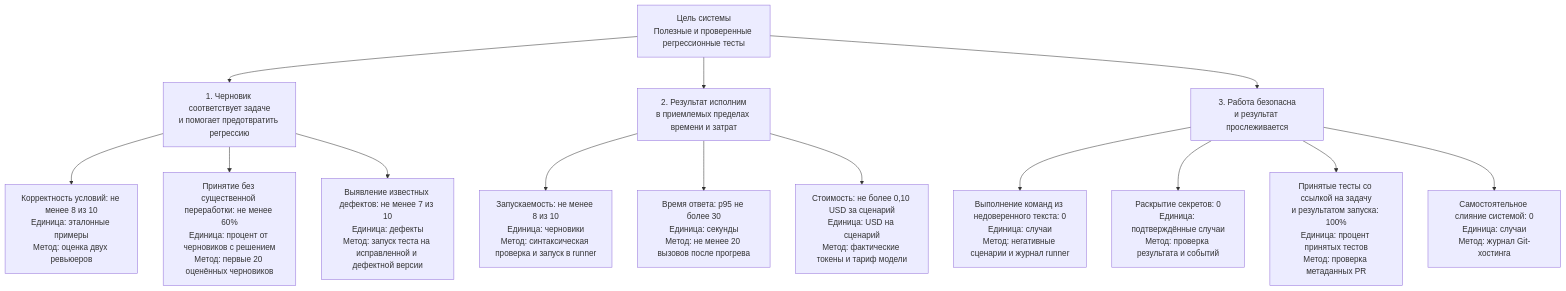
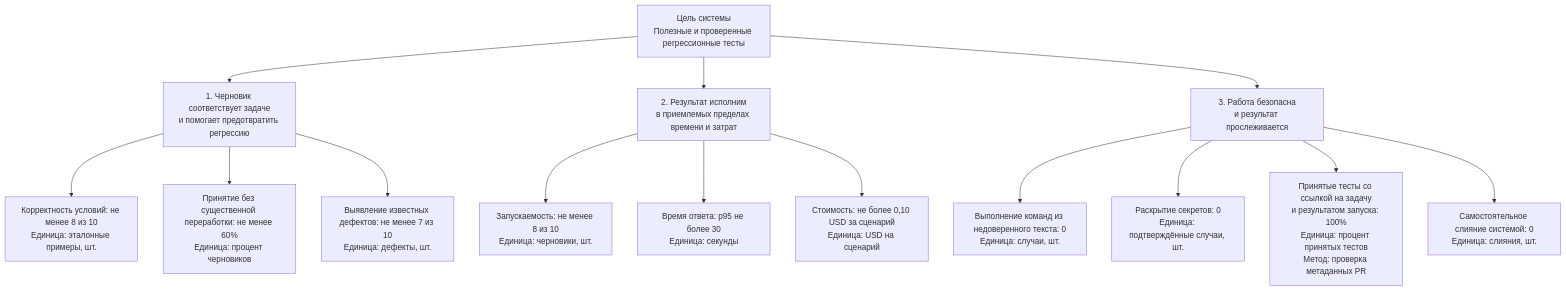
One commit to vib-system-analysis/sa-2026-pe1-vivzich077 changed the diagram in 2lab.md. Above: the diagram before and after it, drawn with Mermaid. The commit also changed other lines of this file, not shown here.

````diff
--- a/2lab.md
+++ b/2lab.md
@@ -73,20 +73,20 @@
 ```mermaid
 flowchart TD
    G["Цель системы<br/>Полезные и проверенные регрессионные тесты"]
 
    G --> G1["1. Черновик соответствует задаче<br/>и помогает предотвратить регрессию"]
-   G1 --> G11["Корректность условий: не менее 8 из 10<br/>Единица: эталонные примеры<br/>Метод: оценка двух ревьюеров"]
-   G1 --> G12["Принятие без существенной переработки: не менее 60%<br/>Единица: процент от черновиков с решением<br/>Метод: первые 20 оценённых черновиков"]
-   G1 --> G13["Выявление известных дефектов: не менее 7 из 10<br/>Единица: дефекты<br/>Метод: запуск теста на исправленной и дефектной версии"]
+   G1 --> G11["Корректность условий: не менее 8 из 10<br/>Единица: эталонные примеры, шт."]
+   G1 --> G12["Принятие без существенной переработки: не менее 60%<br/>Единица: процент черновиков"]
+   G1 --> G13["Выявление известных дефектов: не менее 7 из 10<br/>Единица: дефекты, шт."]
 
    G --> G2["2. Результат исполним<br/>в приемлемых пределах времени и затрат"]
-   G2 --> G21["Запускаемость: не менее 8 из 10<br/>Единица: черновики<br/>Метод: синтаксическая проверка и запуск в runner"]
-   G2 --> G22["Время ответа: p95 не более 30<br/>Единица: секунды<br/>Метод: не менее 20 вызовов после прогрева"]
-   G2 --> G23["Стоимость: не более 0,10 USD за сценарий<br/>Единица: USD на сценарий<br/>Метод: фактические токены и тариф модели"]
+   G2 --> G21["Запускаемость: не менее 8 из 10<br/>Единица: черновики, шт."]
+   G2 --> G22["Время ответа: p95 не более 30<br/>Единица: секунды"]
+   G2 --> G23["Стоимость: не более 0,10 USD за сценарий<br/>Единица: USD на сценарий"]
 
    G --> G3["3. Работа безопасна<br/>и результат прослеживается"]
-   G3 --> G31["Выполнение команд из недоверенного текста: 0<br/>Единица: случаи<br/>Метод: негативные сценарии и журнал runner"]
-   G3 --> G32["Раскрытие секретов: 0<br/>Единица: подтверждённые случаи<br/>Метод: проверка результата и событий"]
+   G3 --> G31["Выполнение команд из недоверенного текста: 0<br/>Единица: случаи, шт."]
+   G3 --> G32["Раскрытие секретов: 0<br/>Единица: подтверждённые случаи, шт."]
    G3 --> G33["Принятые тесты со ссылкой на задачу<br/>и результатом запуска: 100%<br/>Единица: процент принятых тестов<br/>Метод: проверка метаданных PR"]
-   G3 --> G34["Самостоятельное слияние системой: 0<br/>Единица: случаи<br/>Метод: журнал Git-хостинга"]
+   G3 --> G34["Самостоятельное слияние системой: 0<br/>Единица: слияния, шт."]
 ```
````
